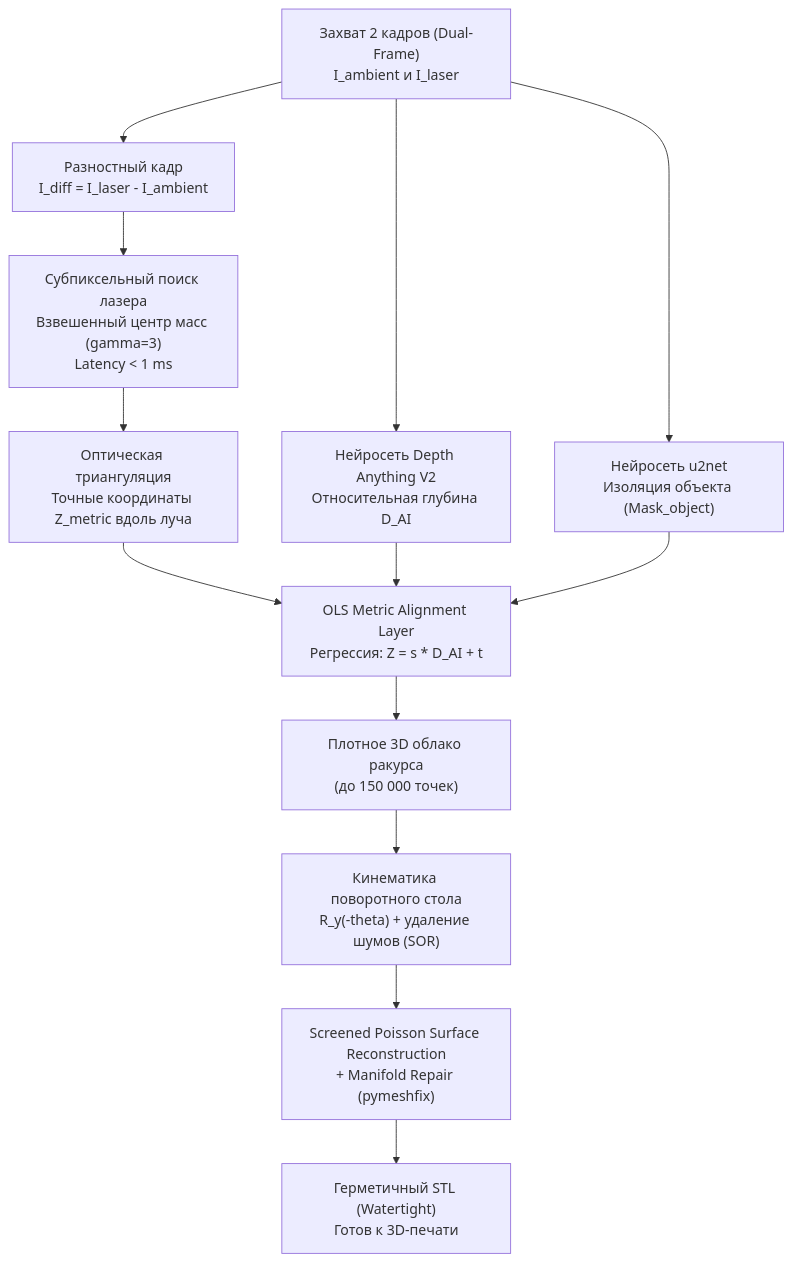
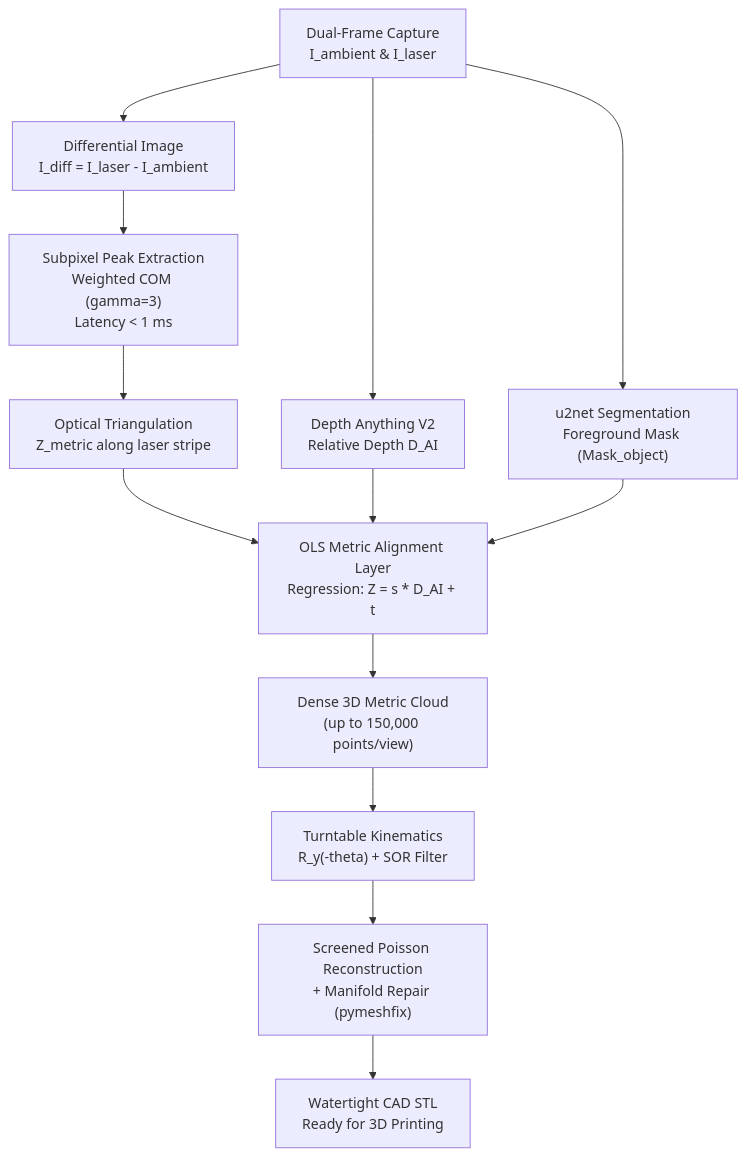
The diagram in README.md (Issabek-UN1/NeuralScan), drawn with Mermaid before and after one commit. The commit also changed other lines of this file and 1 other file, not shown here.

````diff
--- a/README.md
+++ b/README.md
@@ -82,18 +85,18 @@
 ```mermaid
 flowchart TD
-    A["Захват 2 кадров (Dual-Frame)<br>I_ambient и I_laser"] --> B["Разностный кадр<br>I_diff = I_laser - I_ambient"]
-    B --> C["Субпиксельный поиск лазера<br>Взвешенный центр масс (gamma=3)<br>Latency < 1 ms"]
-    C --> D["Оптическая триангуляция<br>Точные координаты Z_metric вдоль луча"]
+    A["Dual-Frame Capture<br>I_ambient & I_laser"] --> B["Differential Image<br>I_diff = I_laser - I_ambient"]
+    B --> C["Subpixel Peak Extraction<br>Weighted COM (gamma=3)<br>Latency < 1 ms"]
+    C --> D["Optical Triangulation<br>Z_metric along laser stripe"]
     
-    A --> E["Нейросеть u2net<br>Изоляция объекта (Mask_object)"]
-    A --> F["Нейросеть Depth Anything V2<br>Относительная глубина D_AI"]
+    A --> E["u2net Segmentation<br>Foreground Mask (Mask_object)"]
+    A --> F["Depth Anything V2<br>Relative Depth D_AI"]
     
-    D --> G["OLS Metric Alignment Layer<br>Регрессия: Z = s * D_AI + t"]
+    D --> G["OLS Metric Alignment Layer<br>Regression: Z = s * D_AI + t"]
     F --> G
     E --> G
     
-    G --> H["Плотное 3D облако ракурса<br>(до 150 000 точек)"]
-    H --> I["Кинематика поворотного стола<br>R_y(-theta) + удаление шумов (SOR)"]
-    I --> J["Screened Poisson Surface Reconstruction<br>+ Manifold Repair (pymeshfix)"]
-    J --> K["Герметичный STL (Watertight)<br>Готов к 3D-печати"]
+    G --> H["Dense 3D Metric Cloud<br>(up to 150,000 points/view)"]
+    H --> I["Turntable Kinematics<br>R_y(-theta) + SOR Filter"]
+    I --> J["Screened Poisson Reconstruction<br>+ Manifold Repair (pymeshfix)"]
+    J --> K["Watertight CAD STL<br>Ready for 3D Printing"]
 ```
````
